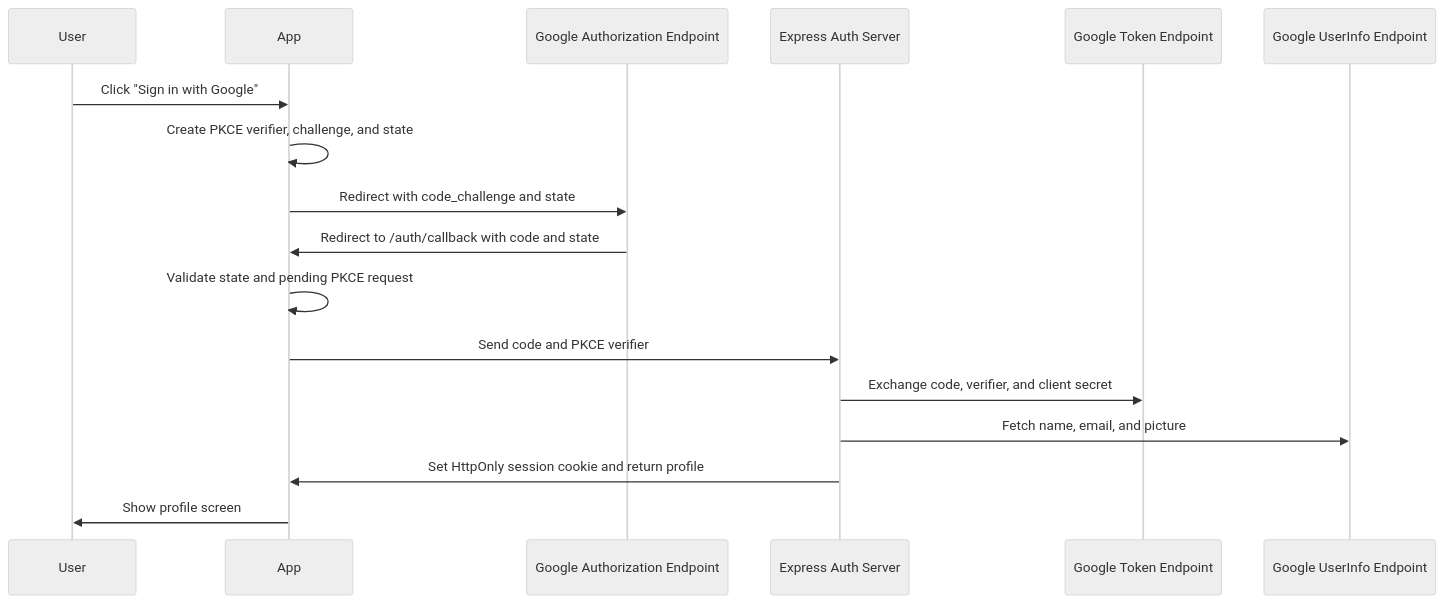
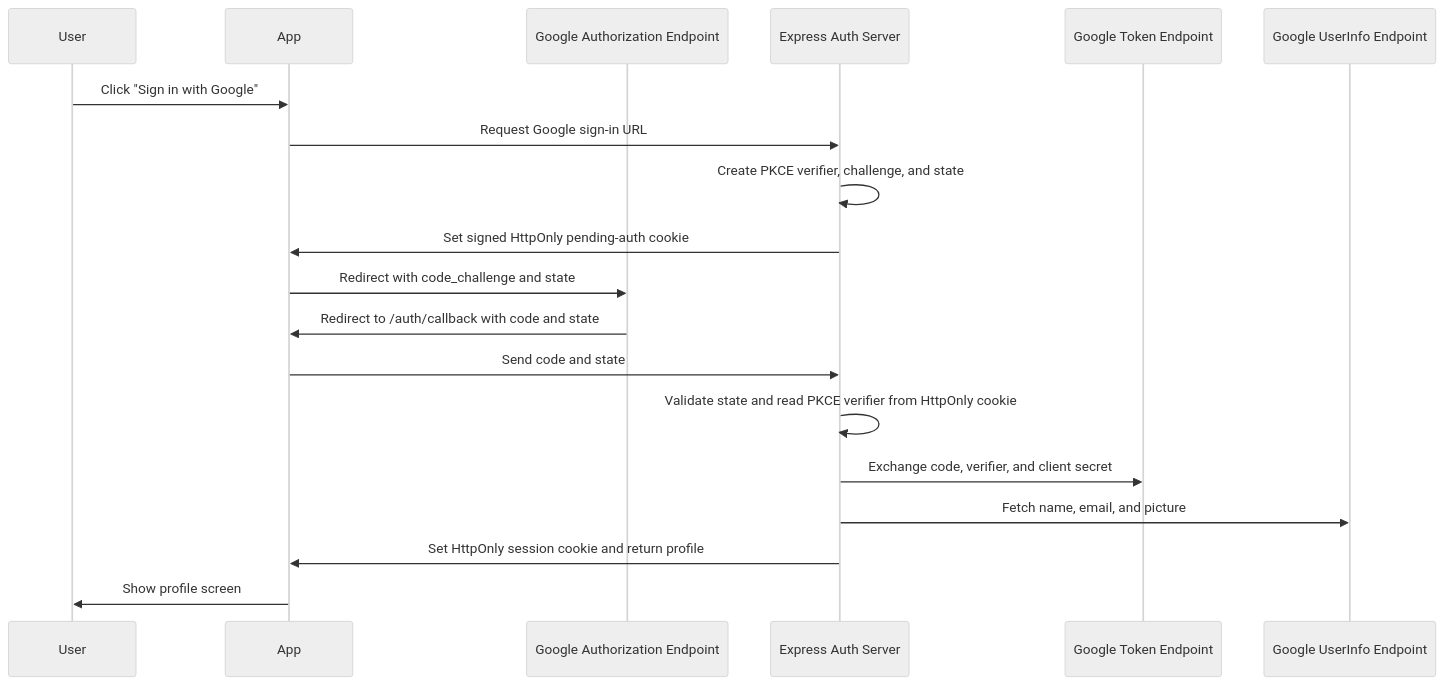
The diagram in README.md (vanrin12/test-lavega-), drawn with Mermaid (neutral theme) before and after one commit. The commit also changed other lines of this file, not shown here.

Commit message:
Refactor Google sign-in flow to move PKCE verifier and state handling to the server, storing them in a signed HttpOnly cookie instead of sessionStorage for improved security.

````diff
--- a/README.md
+++ b/README.md
@@ -16,20 +16,22 @@
 ```mermaid
 sequenceDiagram
   participant User
   participant App
   participant GoogleAuth as Google Authorization Endpoint
   participant Server as Express Auth Server
   participant GoogleToken as Google Token Endpoint
   participant GoogleProfile as Google UserInfo Endpoint
 
   User->>App: Click "Sign in with Google"
-  App->>App: Create PKCE verifier, challenge, and state
+  App->>Server: Request Google sign-in URL
+  Server->>Server: Create PKCE verifier, challenge, and state
+  Server->>App: Set signed HttpOnly pending-auth cookie
   App->>GoogleAuth: Redirect with code_challenge and state
   GoogleAuth->>App: Redirect to /auth/callback with code and state
-  App->>App: Validate state and pending PKCE request
-  App->>Server: Send code and PKCE verifier
+  App->>Server: Send code and state
+  Server->>Server: Validate state and read PKCE verifier from HttpOnly cookie
   Server->>GoogleToken: Exchange code, verifier, and client secret
   Server->>GoogleProfile: Fetch name, email, and picture
   Server->>App: Set HttpOnly session cookie and return profile
   App->>User: Show profile screen
 ```
````
